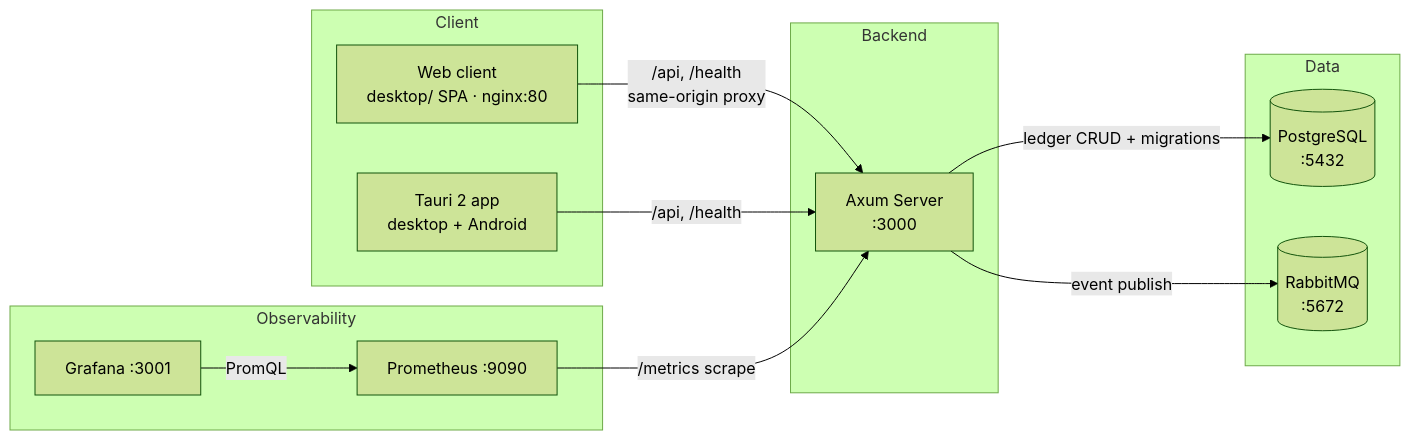
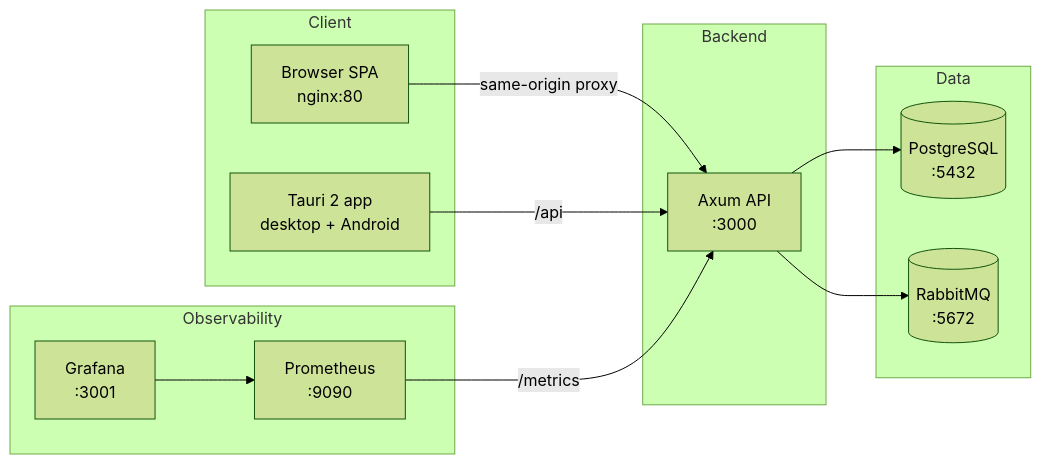
One commit to diegobraga92/PudimFinance changed the second of 3 diagrams in docs/architecture-c4.md. Above: the diagram before and after it, drawn with Mermaid (forest theme). The commit also changed other lines of this file and 69 other files, not shown here.

````diff
--- a/docs/architecture-c4.md
+++ b/docs/architecture-c4.md
@@ -25,24 +20,24 @@
 ```mermaid
 graph LR
     subgraph Client
-        SPA[Web client<br/>desktop/ SPA · nginx:80]
-        TauriApp[Tauri 2 app<br/>desktop + Android]
+        SPA[Browser SPA<br/>nginx:80]
+        Tauri[Tauri 2 app<br/>desktop + Android]
     end
     subgraph Backend
-        Axum[Axum Server<br/>:3000]
+        API[Axum API<br/>:3000]
     end
     subgraph Data
         PG[(PostgreSQL<br/>:5432)]
         RMQ[(RabbitMQ<br/>:5672)]
     end
     subgraph Observability
-        Prom[Prometheus :9090]
-        Graf[Grafana :3001]
+        Prom[Prometheus<br/>:9090]
+        Graf[Grafana<br/>:3001]
     end
-    SPA -->|/api, /health<br/>same-origin proxy| Axum
-    TauriApp -->|/api, /health| Axum
-    Axum -->|ledger CRUD + migrations| PG
-    Axum -->|event publish| RMQ
-    Prom -->|/metrics scrape| Axum
-    Graf -->|PromQL| Prom
+    SPA -->|same-origin proxy| API
+    Tauri -->|/api| API
+    API --> PG
+    API --> RMQ
+    Prom -->|/metrics| API
+    Graf --> Prom
 ```
````
